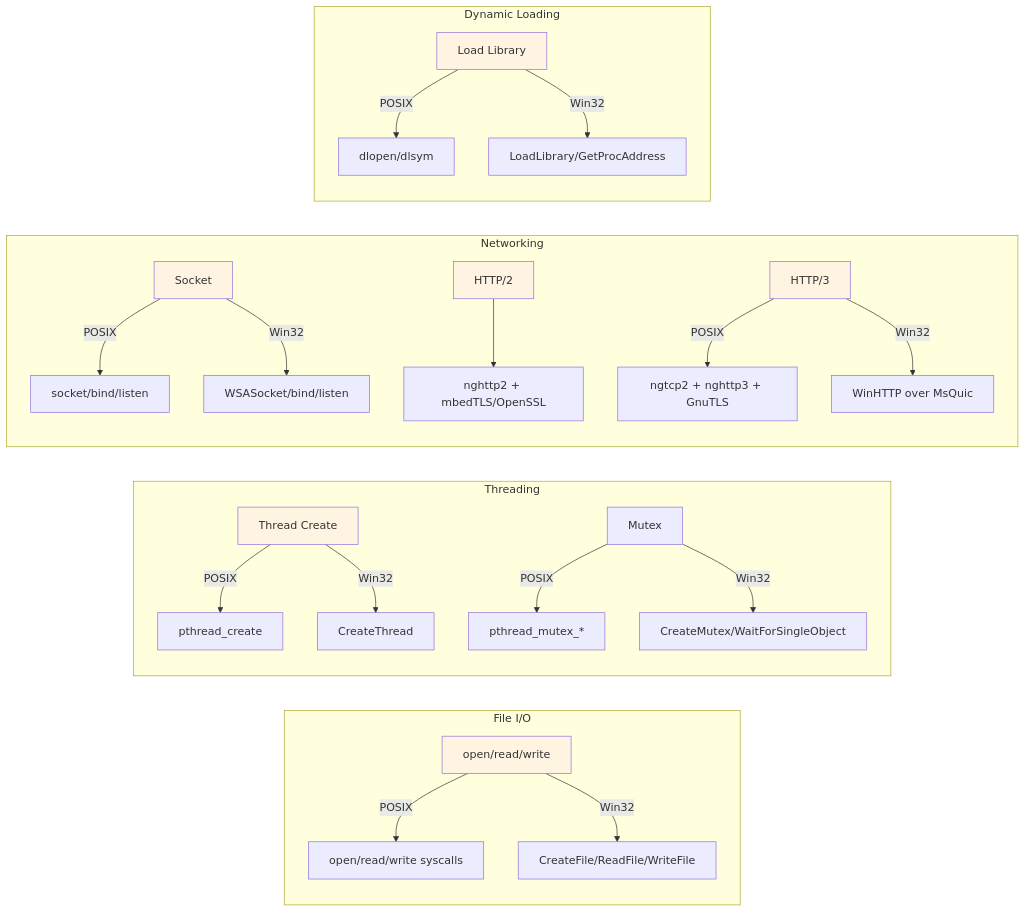
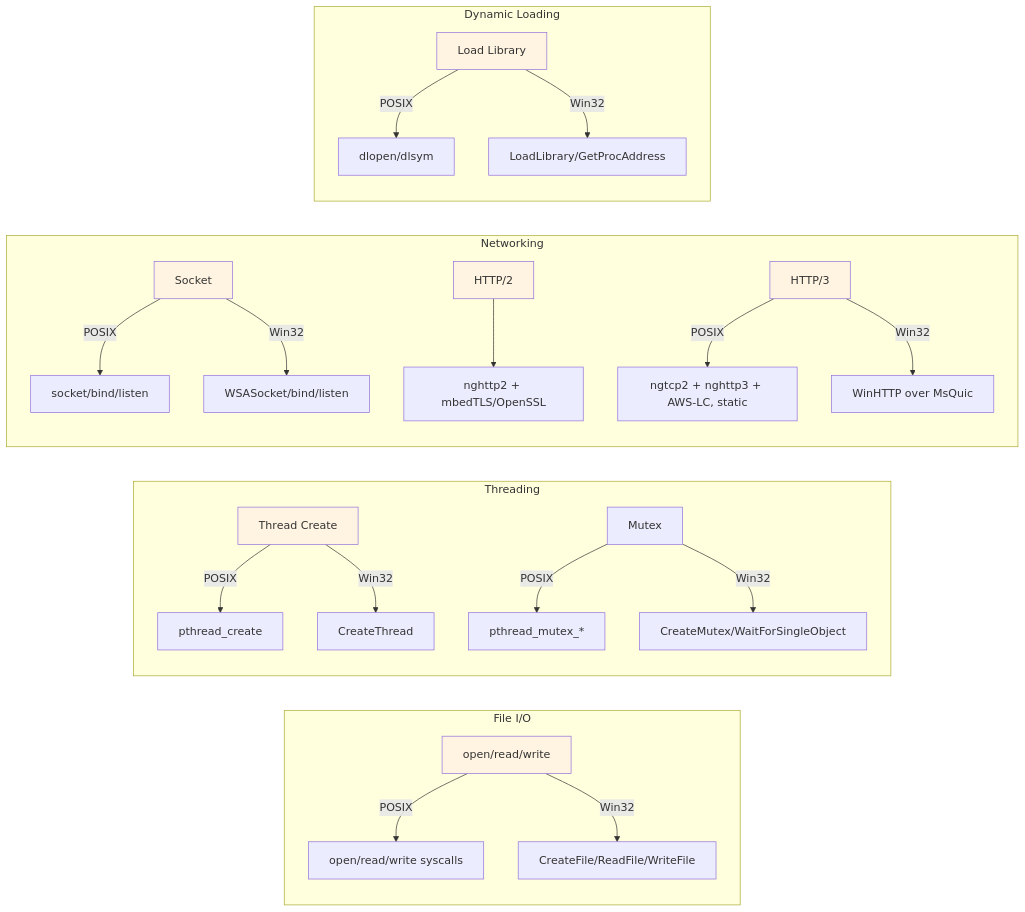
Diagram 22 of 24 in docs/architecture.md (objeck/objeck-lang), drawn with Mermaid before and after one commit. The commit also changed other lines of this file and 8 other files, not shown here.

First line of the commit message:
docs: refresh architecture, JIT and index docs

````diff
--- a/docs/architecture.md
+++ b/docs/architecture.md
@@ -1064,35 +1083,35 @@
 ```mermaid
 graph LR
     subgraph "File I/O"
         A1[open/read/write] -->|POSIX| B1[open/read/write syscalls]
         A1 -->|Win32| B2[CreateFile/ReadFile/WriteFile]
     end
 
     subgraph "Threading"
         A2[Thread Create] -->|POSIX| C1[pthread_create]
         A2 -->|Win32| C2[CreateThread]
 
         A3[Mutex] -->|POSIX| C3[pthread_mutex_*]
         A3 -->|Win32| C4[CreateMutex/WaitForSingleObject]
     end
 
     subgraph "Networking"
         A4[Socket] -->|POSIX| D1[socket/bind/listen]
         A4 -->|Win32| D2[WSASocket/bind/listen]
         A6[HTTP/2] --> D3[nghttp2 + mbedTLS/OpenSSL]
-        A7[HTTP/3] -->|POSIX| D4[ngtcp2 + nghttp3 + GnuTLS]
+        A7[HTTP/3] -->|POSIX| D4[ngtcp2 + nghttp3 + AWS-LC, static]
         A7 -->|Win32| D5[WinHTTP over MsQuic]
     end
 
     subgraph "Dynamic Loading"
         A5[Load Library] -->|POSIX| E1[dlopen/dlsym]
         A5 -->|Win32| E2[LoadLibrary/GetProcAddress]
     end
 
     style A1 fill:#fff4e1
     style A2 fill:#fff4e1
     style A4 fill:#fff4e1
     style A6 fill:#fff4e1
     style A7 fill:#fff4e1
     style A5 fill:#fff4e1
 ```
````
